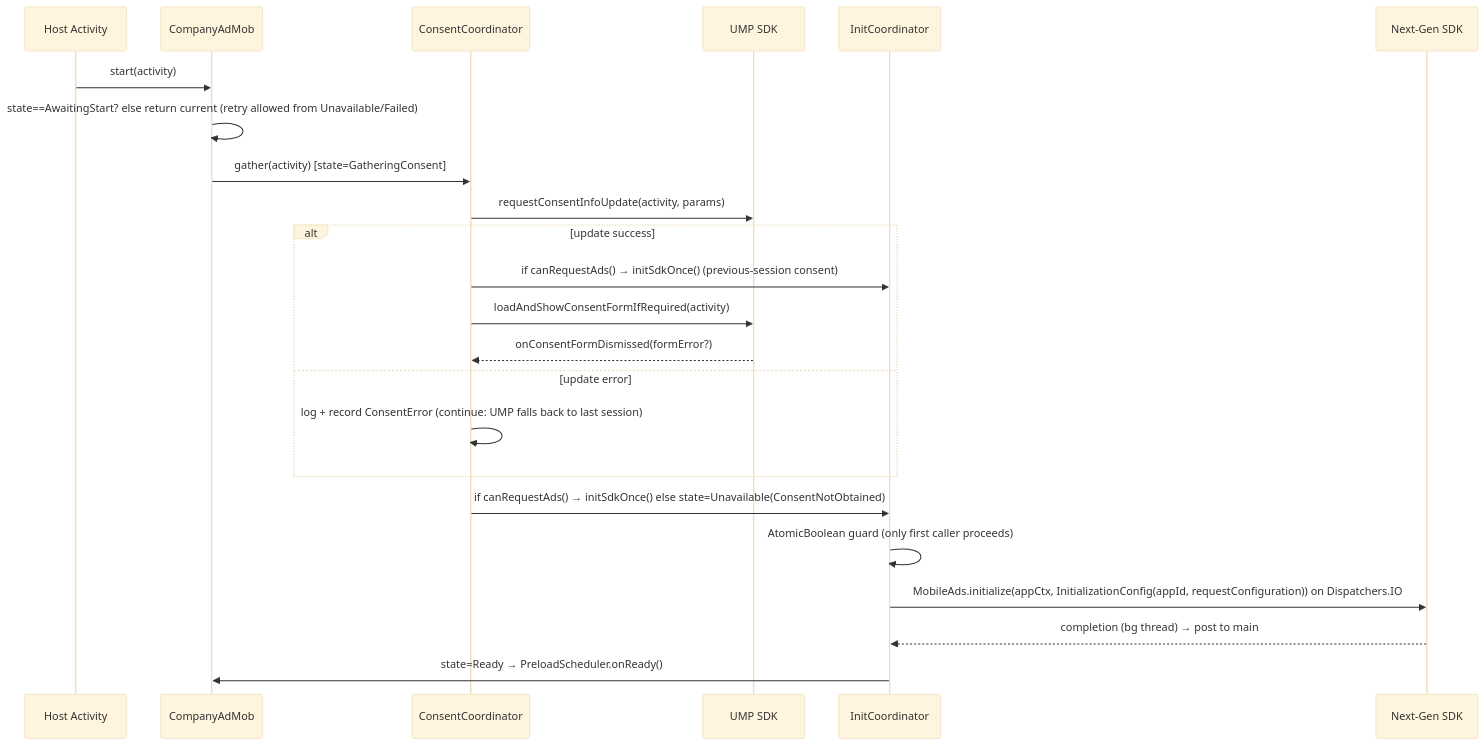
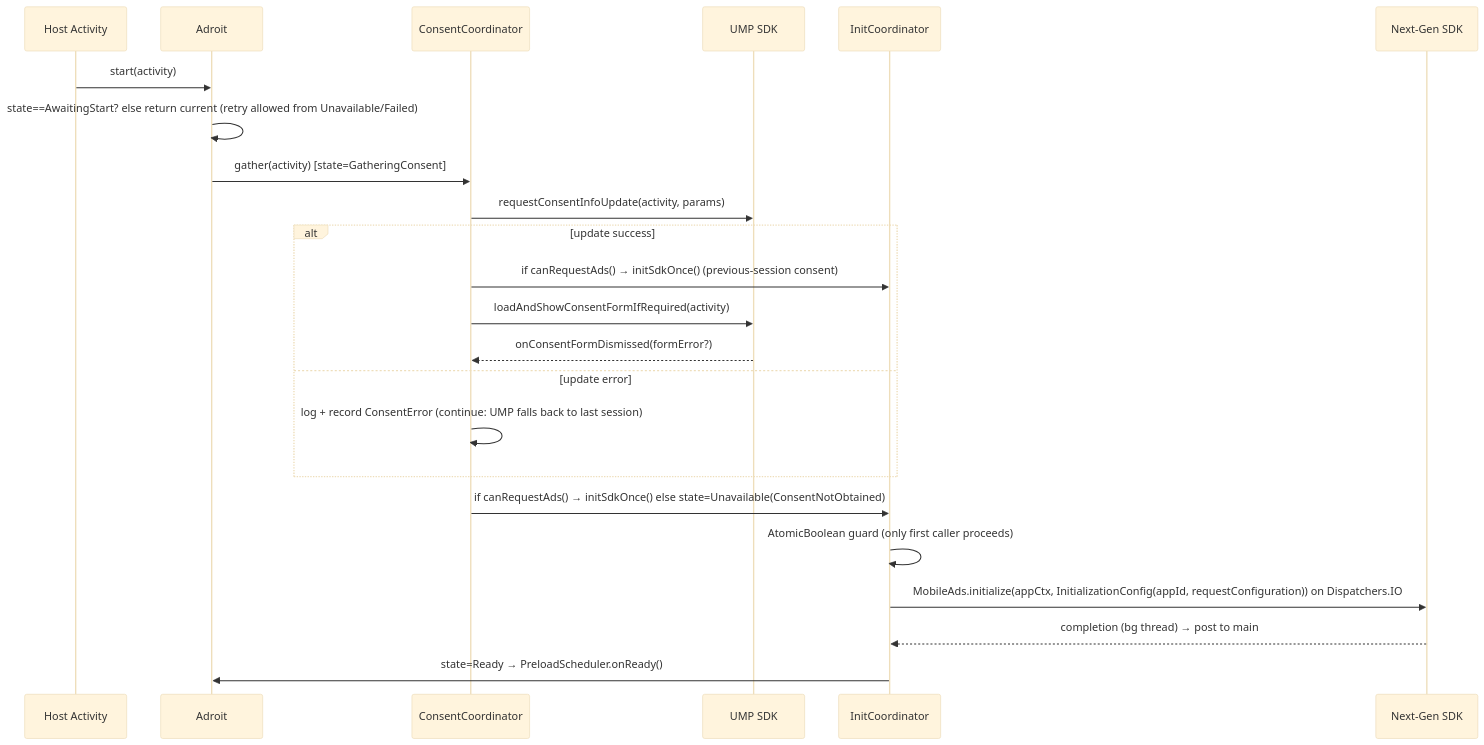
One commit to TheSobiaAkbar/Adroit changed the third of 7 diagrams in docs/architecture/02_ARCHITECTURE.md. Above: the diagram before and after it, drawn with Mermaid (base theme). The commit also changed other lines of this file and 947 other files, not shown here.

````diff
--- a/docs/architecture/02_ARCHITECTURE.md
+++ b/docs/architecture/02_ARCHITECTURE.md
@@ -182,25 +181,25 @@
 ```mermaid
 sequenceDiagram
   participant Host as Host Activity
-  participant AM as CompanyAdMob
+  participant AM as Adroit
   participant CC as ConsentCoordinator
   participant UMP as UMP SDK
   participant IC as InitCoordinator
   participant SDK as Next-Gen SDK
   Host->>AM: start(activity)
   AM->>AM: state==AwaitingStart? else return current (retry allowed from Unavailable/Failed)
   AM->>CC: gather(activity)  [state=GatheringConsent]
   CC->>UMP: requestConsentInfoUpdate(activity, params)
   alt update success
     CC->>IC: if canRequestAds() → initSdkOnce()   (previous-session consent)
     CC->>UMP: loadAndShowConsentFormIfRequired(activity)
     UMP-->>CC: onConsentFormDismissed(formError?)
   else update error
     CC->>CC: log + record ConsentError (continue: UMP falls back to last session)
   end
   CC->>IC: if canRequestAds() → initSdkOnce() else state=Unavailable(ConsentNotObtained)
   IC->>IC: AtomicBoolean guard (only first caller proceeds)
   IC->>SDK: MobileAds.initialize(appCtx, InitializationConfig(appId, requestConfiguration)) on Dispatchers.IO
   SDK-->>IC: completion (bg thread) → post to main
   IC->>AM: state=Ready → PreloadScheduler.onReady()
 ```
````
